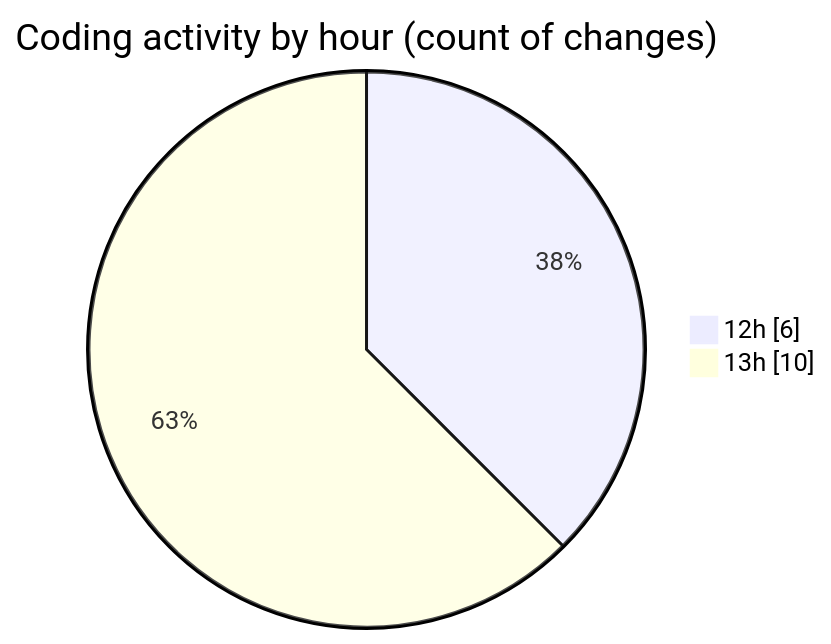
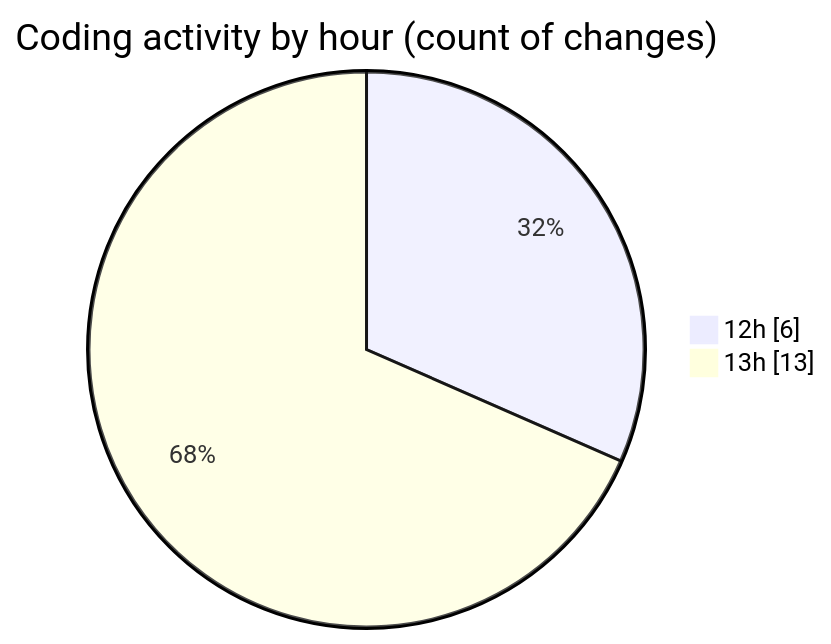
Before and after one commit to momahboobian/code-tracking: the second of 2 diagrams in 2025-02-09/cda/README.md, drawn with Mermaid. The commit also changed other lines of this file and 1 other file, not shown here.

````diff
--- a/2025-02-09/cda/README.md
+++ b/2025-02-09/cda/README.md
@@ -35,6 +35,6 @@
 ```mermaid
 pie showData
 title Coding activity by hour (count of changes)
 "12h" : 6
-"13h" : 10
+"13h" : 13
 ```
````
